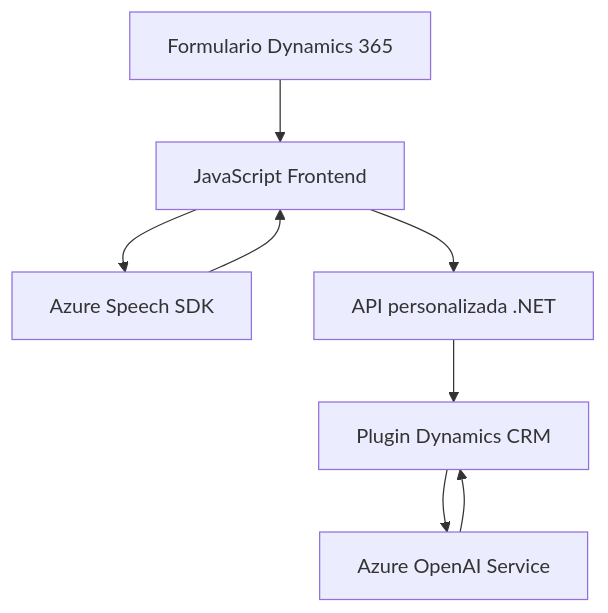
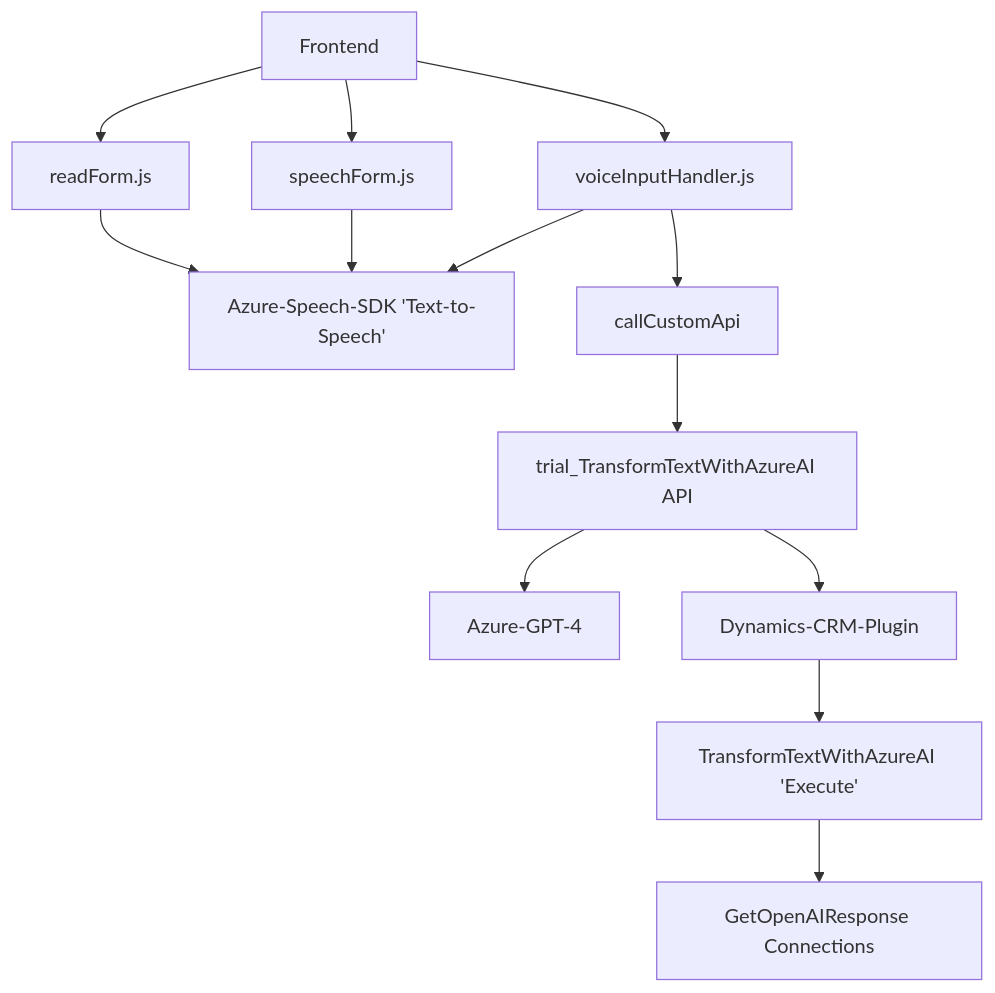
Before and after one commit to blopezdm/NETCORE_BILBAO2025: the diagram in README.md, drawn with Mermaid. The commit also changed other lines of this file, not shown here.

````diff
--- a/README.md
+++ b/README.md
@@ -50,17 +46,16 @@
 ```mermaid
 graph TD
-    A["Formulario Dynamics 365"]
-    B["JavaScript Frontend"]
-    C["Azure Speech SDK"]
-    D["API personalizada .NET"]
-    E["Plugin Dynamics CRM"]
-    F["Azure OpenAI Service"]
-
-    A --> B
-    B --> C
-    B --> D
-    C --> B
+    A[Frontend] --> B["readForm.js"]
+    A --> C["speechForm.js"]
+    A --> D["voiceInputHandler.js"]
+    B --> E["Azure-Speech-SDK 'Text-to-Speech'"]
+    C --> E
     D --> E
-    E --> F
-    F --> E
+    D --> F["callCustomApi"]
+    F --> G["trial_TransformTextWithAzureAI API"]
+    G --> H["Azure-GPT-4"]  
+    
+    G --> I["Dynamics-CRM-Plugin"]
+    I --> J["TransformTextWithAzureAI 'Execute'"]
+    J --> K["GetOpenAIResponse Connections"]
 ```
````
